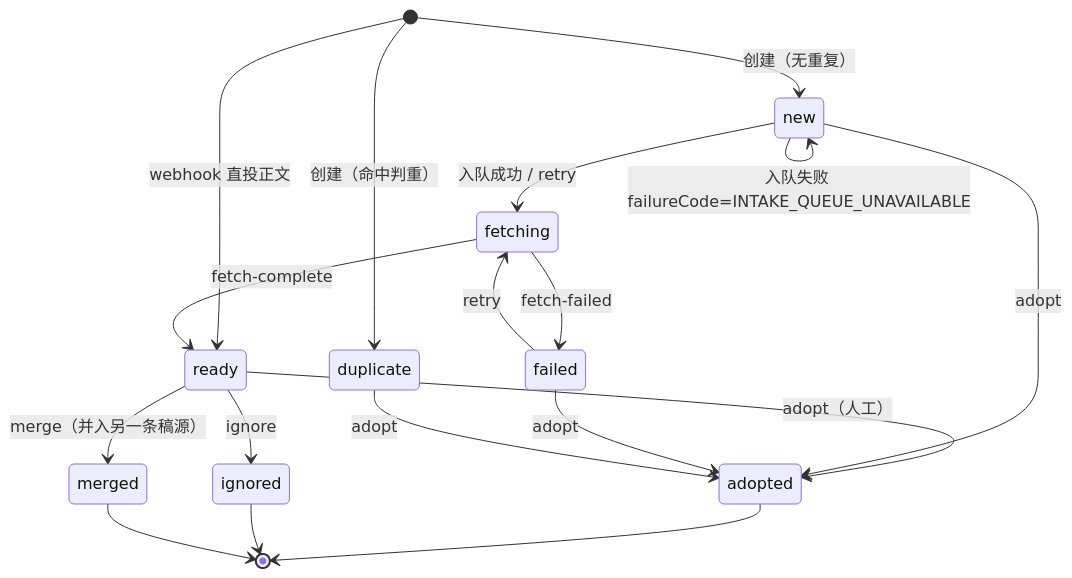
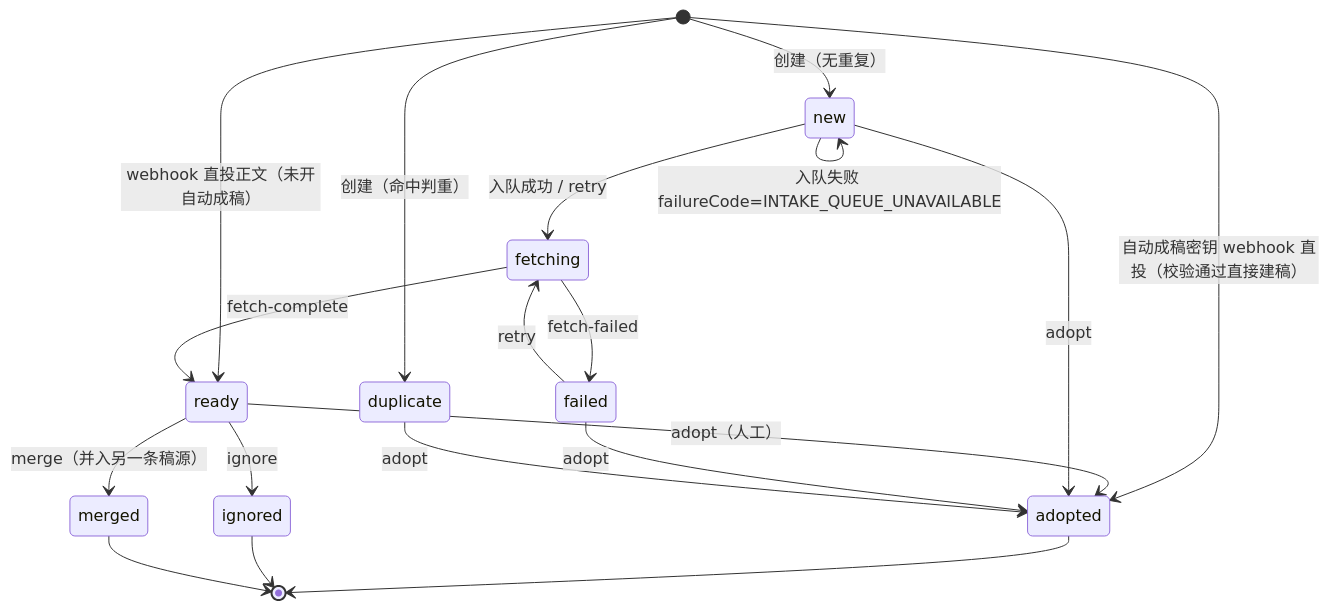
The fifth of 5 diagrams in docs/intake-integration.md (Binny-GIT/geo-foundry), drawn with Mermaid before and after one commit. The commit also changed other lines of this file and 13 other files, not shown here.

````diff
--- a/docs/intake-integration.md
+++ b/docs/intake-integration.md
@@ -183,24 +183,25 @@
 ```mermaid
 stateDiagram-v2
     [*] --> new: 创建（无重复）
     [*] --> duplicate: 创建（命中判重）
-    [*] --> ready: webhook 直投正文
+    [*] --> ready: webhook 直投正文（未开自动成稿）
+    [*] --> adopted: 自动成稿密钥 webhook 直投（校验通过直接建稿）
 
     new --> fetching: 入队成功 / retry
     fetching --> ready: fetch-complete
     fetching --> failed: fetch-failed
     failed --> fetching: retry
     new --> new: 入队失败 failureCode=INTAKE_QUEUE_UNAVAILABLE
 
     ready --> adopted: adopt（人工）
     new --> adopted: adopt
     failed --> adopted: adopt
     duplicate --> adopted: adopt
 
     ready --> ignored: ignore
     ready --> merged: merge（并入另一条稿源）
 
     adopted --> [*]
     ignored --> [*]
     merged --> [*]
 ```
````
